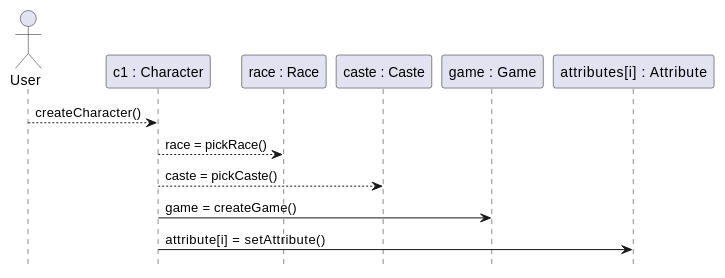
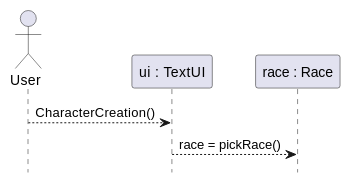
Before and after one commit to dgoldman30/Dungeon_Crawler: the second of 7 diagrams in doc/design.md, drawn with PlantUML. The commit also changed other lines of this file and 4 other files, not shown here.

````diff
--- a/doc/design.md
+++ b/doc/design.md
@@ -89,19 +89,13 @@
 ```plantuml
 
 @startuml
 hide footbox
 
 actor User
-participant "c1 : Character" as character
+participant "ui : TextUI" as ui
 participant "race : Race" as race
-participant "caste : Caste" as caste
-participant "game : Game" as game
-participant "attributes[i] : Attribute" as attribute
 
-User --> character : createCharacter()
-character --> race : race = pickRace()
-character --> caste : caste = pickCaste()
-character -> game : game = createGame()
-character -> attribute : attribute[i] = setAttribute()
+User --> ui : CharacterCreation()
+ui --> race : race = pickRace()
 @enduml
 ```
````
